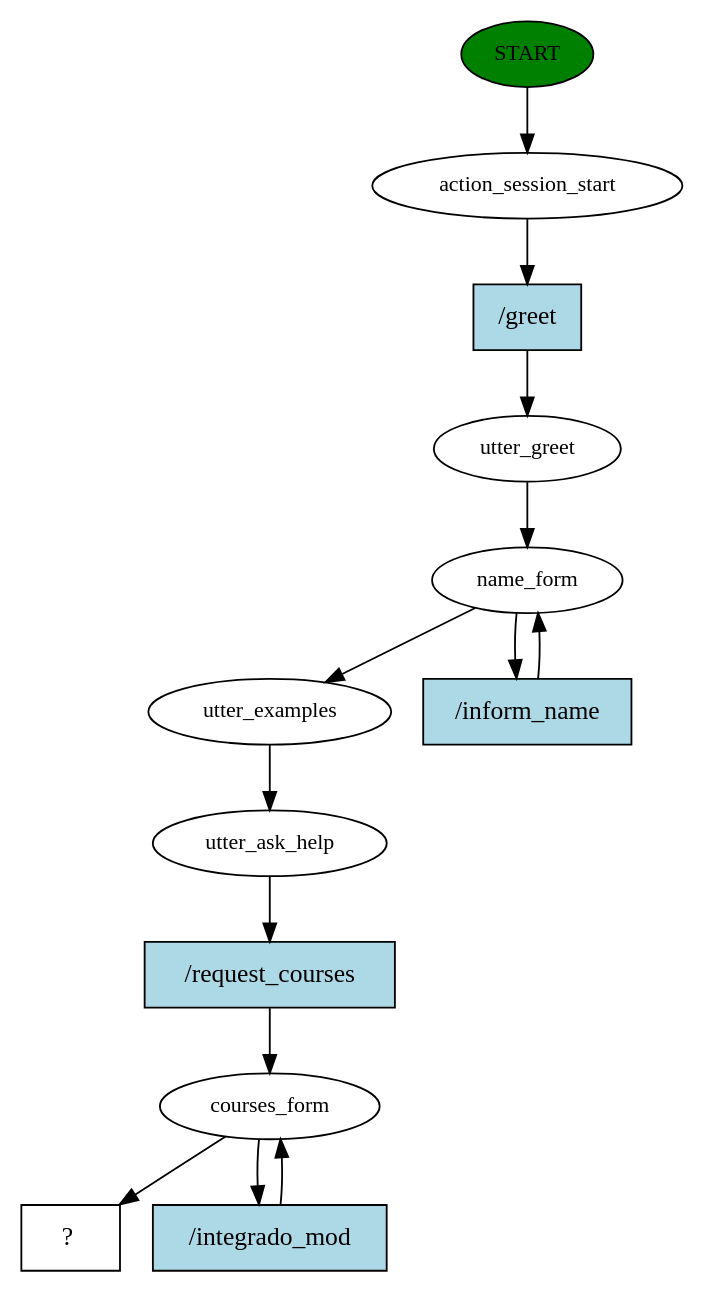
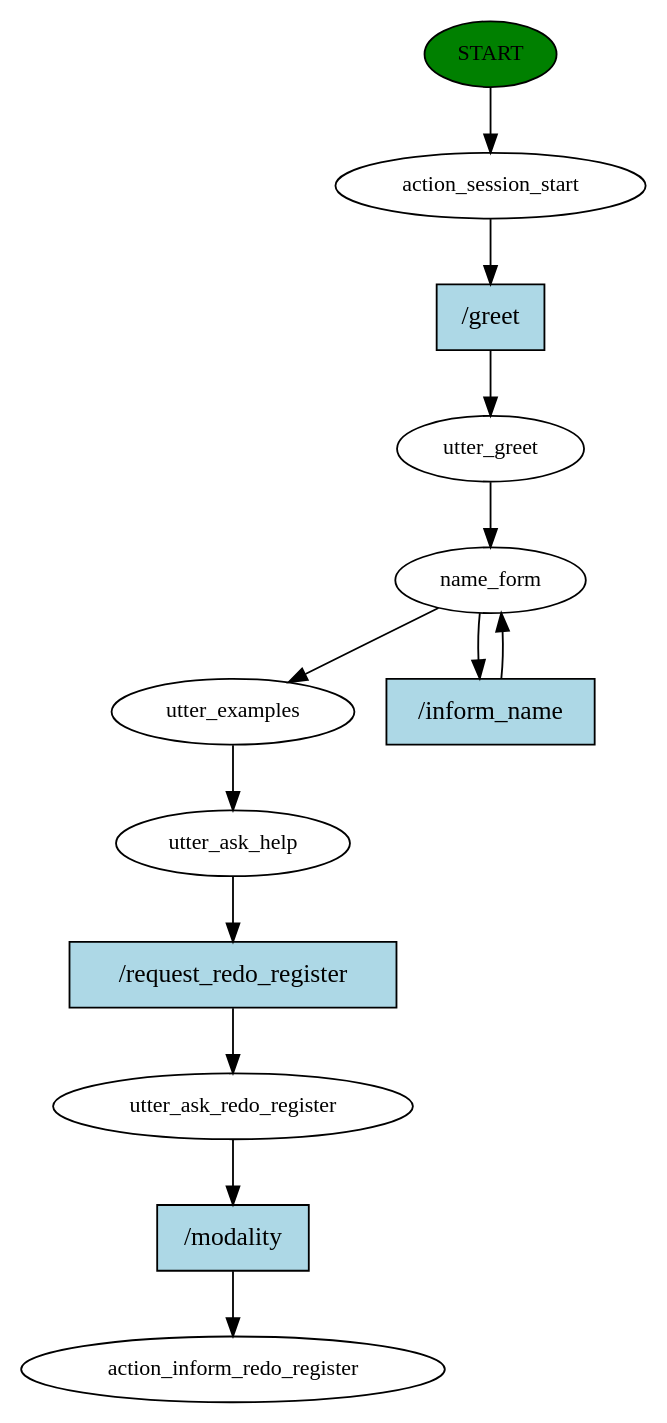
One commit to ofernandobarbosa/chatbot_IF changed the diagram in story_graph.dot. Above: the diagram before and after it, drawn with Graphviz. The commit also changed 6 other files, not shown here.

```diff
--- a/story_graph.dot
+++ b/story_graph.dot
@@ -1,27 +1,26 @@
 digraph  {
 0 [class="start active", fillcolor=green, fontsize=12, label=START, style=filled];
 1 [class=active, fontsize=12, label=action_session_start];
 2 [class=active, fontsize=12, label=utter_greet];
 3 [class=active, fontsize=12, label=name_form];
 5 [class=active, fontsize=12, label=utter_examples];
 6 [class=active, fontsize=12, label=utter_ask_help];
-7 [class=active, fontsize=12, label=courses_form];
-9 [class="intent dashed active", label="  ?  ", shape=rect];
-10 [class="intent active", fillcolor=lightblue, label="/greet", shape=rect, style=filled];
-11 [class="intent active", fillcolor=lightblue, label="/inform_name", shape=rect, style=filled];
-12 [class="intent active", fillcolor=lightblue, label="/request_courses", shape=rect, style=filled];
-13 [class="intent active", fillcolor=lightblue, label="/integrado_mod", shape=rect, style=filled];
+7 [class=active, fontsize=12, label=utter_ask_redo_register];
+8 [class="dashed active", fontsize=12, label=action_inform_redo_register];
+9 [class="intent active", fillcolor=lightblue, label="/greet", shape=rect, style=filled];
+10 [class="intent active", fillcolor=lightblue, label="/inform_name", shape=rect, style=filled];
+11 [class="intent active", fillcolor=lightblue, label="/request_redo_register", shape=rect, style=filled];
+12 [class="intent active", fillcolor=lightblue, label="/modality", shape=rect, style=filled];
 0 -> 1  [class=active, key=NONE, label=""];
-1 -> 10  [class=active, key=0];
+1 -> 9  [class=active, key=0];
 2 -> 3  [class=active, key=NONE, label=""];
 3 -> 5  [class=active, key=NONE, label=""];
-3 -> 11  [class=active, key=0];
+3 -> 10  [class=active, key=0];
 5 -> 6  [class=active, key=NONE, label=""];
-6 -> 12  [class=active, key=0];
-7 -> 9  [class=active, key=NONE, label=""];
-7 -> 13  [class=active, key=0];
-10 -> 2  [class=active, key=0];
-11 -> 3  [class=active, key=0];
-12 -> 7  [class=active, key=0];
-13 -> 7  [class=active, key=0];
+6 -> 11  [class=active, key=0];
+7 -> 12  [class=active, key=0];
+9 -> 2  [class=active, key=0];
+10 -> 3  [class=active, key=0];
+11 -> 7  [class=active, key=0];
+12 -> 8  [class=active, key=0];
 }
```
